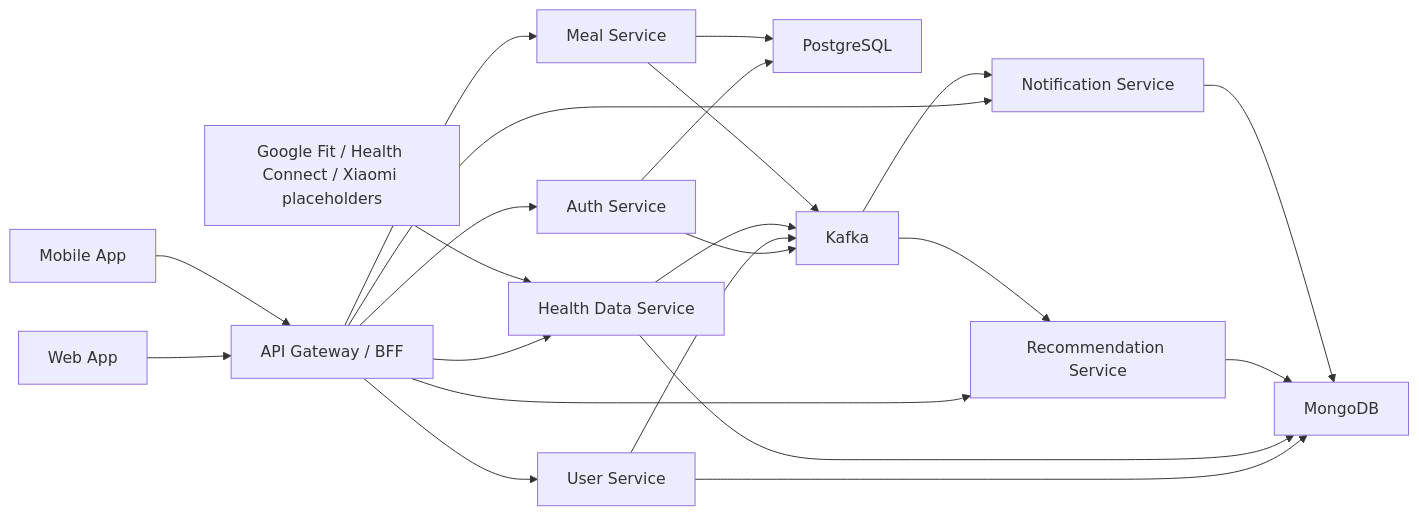
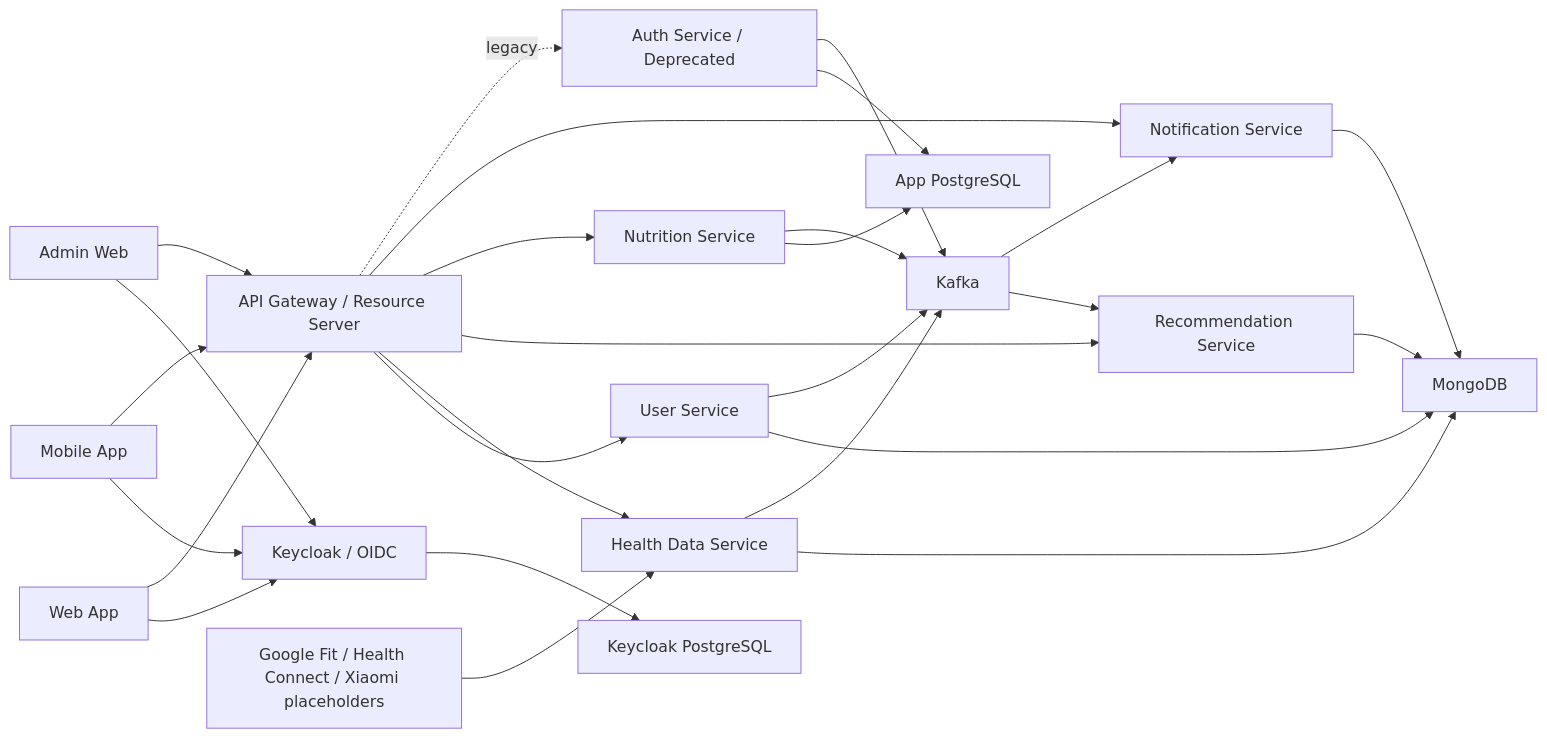
One commit to fris91/fittyapp changed the first of 3 diagrams in docs/architecture.md. Above: the diagram before and after it, drawn with Mermaid. The commit also changed other lines of this file and 25 other files, not shown here.

````diff
--- a/docs/architecture.md
+++ b/docs/architecture.md
@@ -5,24 +5,29 @@
 ```mermaid
 flowchart LR
-  Web["Web App"] --> Gateway["API Gateway / BFF"]
-  Mobile["Mobile App"] --> Gateway
-  Gateway --> Auth["Auth Service"]
+  Web["Web App"] --> Keycloak["Keycloak / OIDC"]
+  Mobile["Mobile App"] --> Keycloak
+  Admin["Admin Web"] --> Keycloak
+  Web --> Gateway["API Gateway / Resource Server"]
+  Mobile --> Gateway
+  Admin --> Gateway
   Gateway --> User["User Service"]
   Gateway --> Health["Health Data Service"]
   Gateway --> Reco["Recommendation Service"]
-  Gateway --> Meal["Meal Service"]
+  Gateway --> Meal["Nutrition Service"]
   Gateway --> Notify["Notification Service"]
-  Auth --> Postgres["PostgreSQL"]
+  Gateway -. legacy .-> Auth["Auth Service / Deprecated"]
+  Keycloak --> KeycloakDb["Keycloak PostgreSQL"]
+  Auth --> Postgres["App PostgreSQL"]
   User --> Mongo["MongoDB"]
   Health --> Mongo
   Reco --> Mongo
   Meal --> Postgres
   Notify --> Mongo
   Auth --> Kafka["Kafka"]
   User --> Kafka
   Health --> Kafka
   Meal --> Kafka
   Kafka --> Reco
   Kafka --> Notify
   Providers["Google Fit / Health Connect / Xiaomi placeholders"] --> Health
 ```
````
